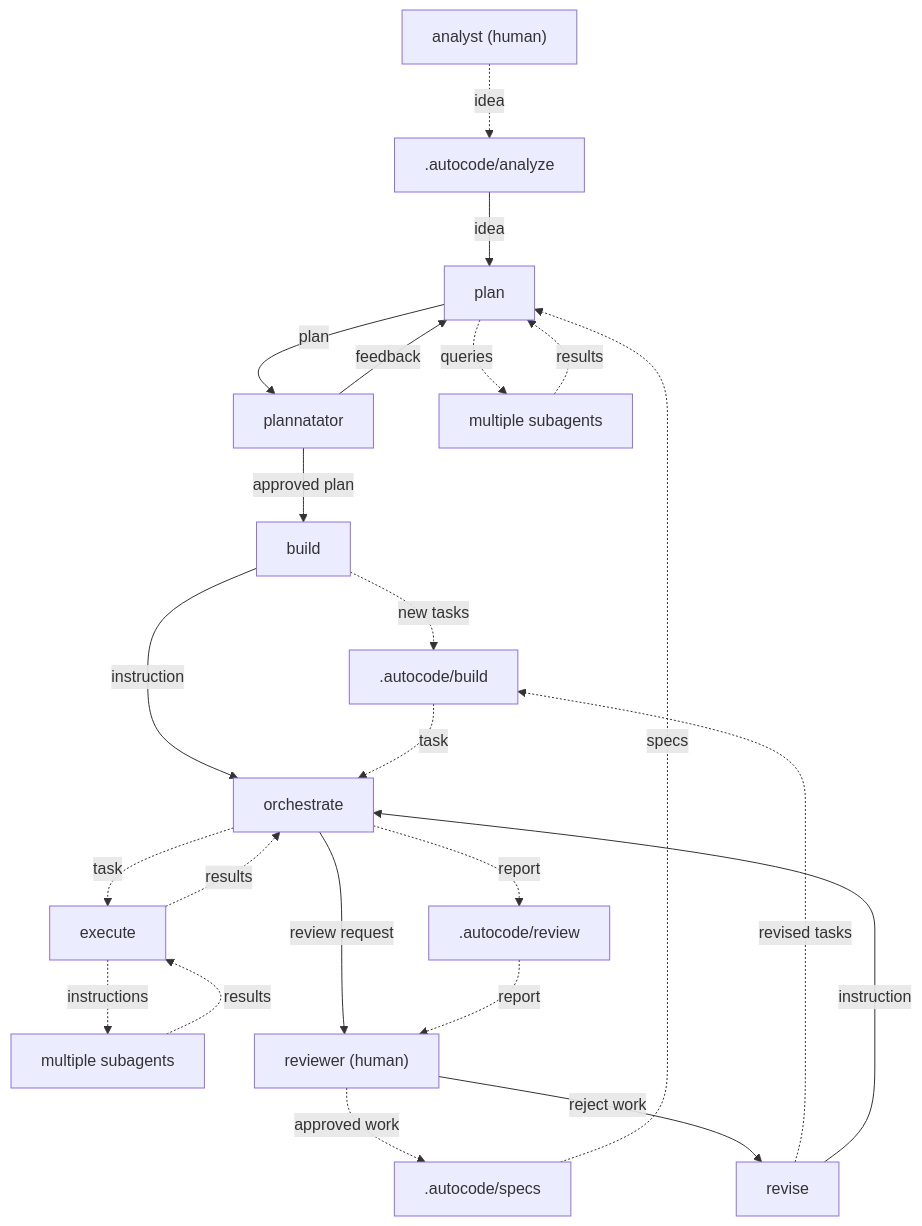
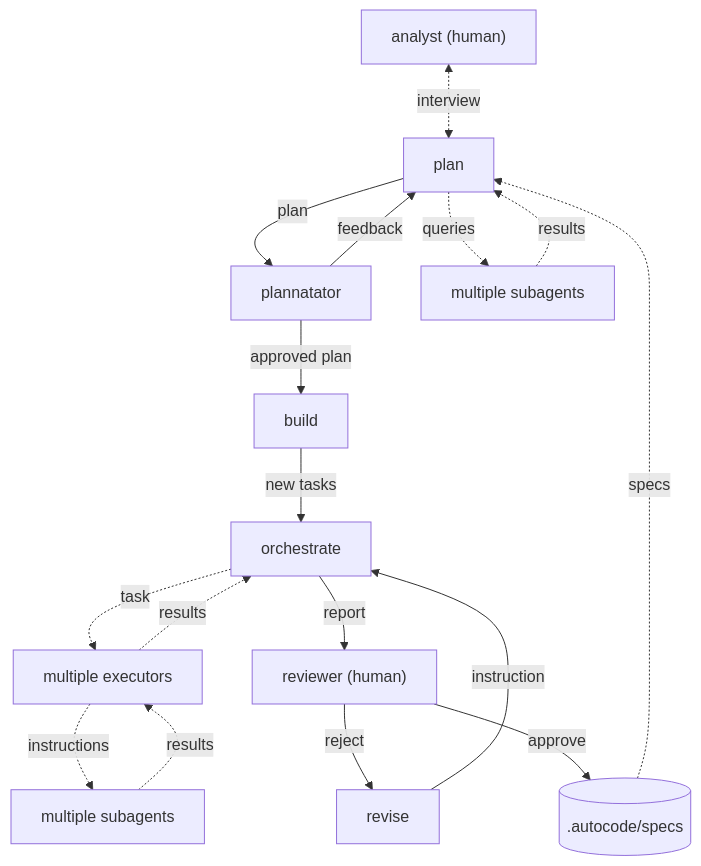
Before and after one commit to ahumandev/autocode: the diagram in README.md, drawn with Mermaid. The commit also changed other lines of this file and 3 other files, not shown here.

````diff
--- a/README.md
+++ b/README.md
@@ -86,32 +86,23 @@
 ```mermaid
 flowchart TB
-  analyst["analyst (human)"] .->|idea| analyze_dir[".autocode/analyze"]
-
-  analyze_dir -->|idea| plan
-
+  analyst["analyst (human)"] <.->|interview| plan
+    
   plan -->|plan| plannatator
   plan .->|queries| plan_agents["multiple subagents"]
   plan_agents .->|results| plan
   plannatator -->|feedback| plan
   plannatator -->|approved plan| build
 
-  build .->|new tasks| build_dir[".autocode/build"]
-  build -->|instruction| orchestrate
-
-  build_dir .->|task| orchestrate
+  build -->|new tasks| orchestrate
 
   orchestrate .->|task| execute
-  execute .->|instructions| execute_agents["multiple subagents"]
+  execute["multiple executors"] .->|instructions| execute_agents["multiple subagents"]
   execute_agents .->|results| execute
   execute .->|results| orchestrate
-  orchestrate .->|report| review_dir[".autocode/review"]
-  orchestrate -->|review request| reviewer
+  orchestrate -->|report| reviewer["reviewer (human)"]
 
-  review_dir .->|report| reviewer["reviewer (human)"]
-  reviewer .->|approved work| specs_dir[".autocode/specs"]
-  reviewer -->|reject work| revise
-  revise .->|revised tasks| build_dir
+  reviewer -->|reject| revise
   revise -->|instruction| orchestrate
-
+  reviewer -->|approve| specs_dir[(".autocode/specs")]
   specs_dir .->|specs| plan
 ```
````
